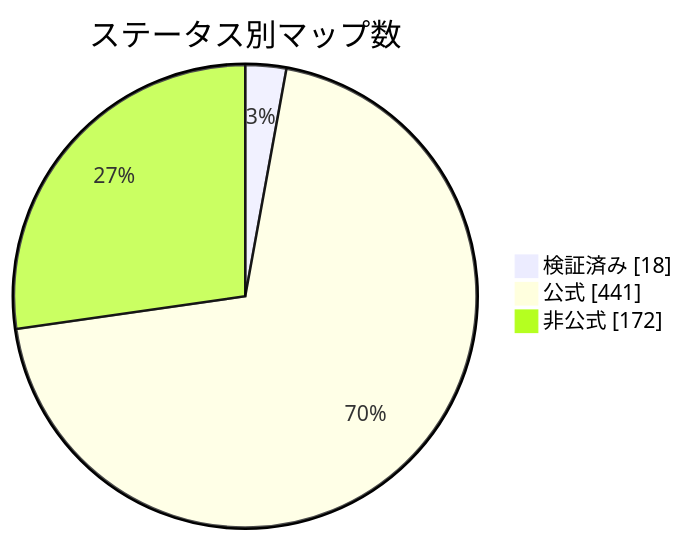
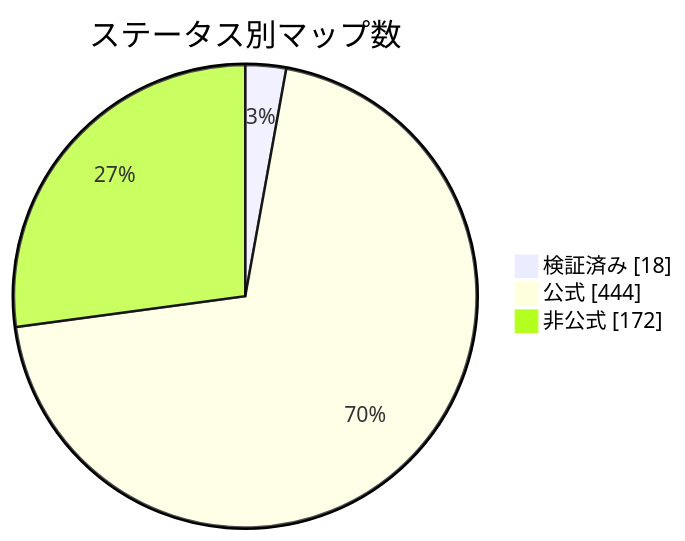
Before and after one commit to nobrega8/mbmap-library: the diagram in docs/readme/README_JP.md, drawn with Mermaid. The commit also changed 8 other files, not shown here.

````diff
--- a/docs/readme/README_JP.md
+++ b/docs/readme/README_JP.md
@@ -54,7 +54,7 @@
 ```mermaid
 pie showData
     title ステータス別マップ数
     "検証済み" : 18
-    "公式" : 441
+    "公式" : 444
     "非公式" : 172
 ```
````
